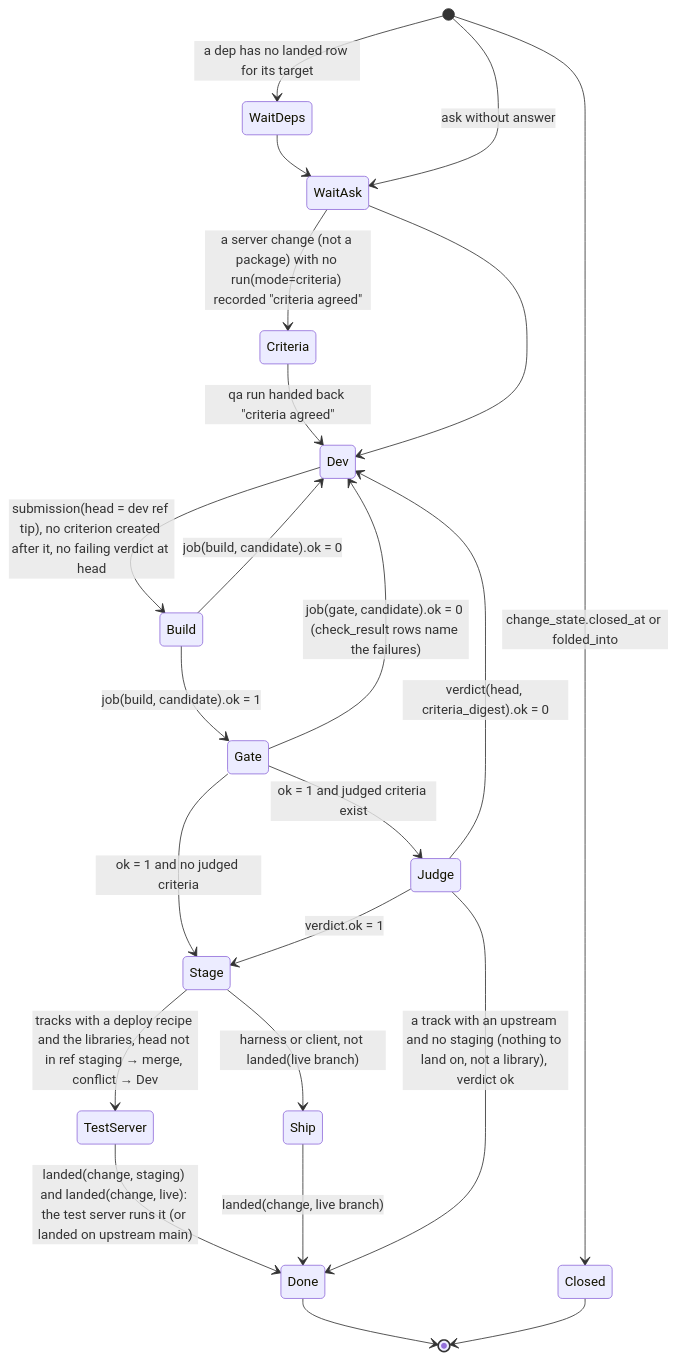
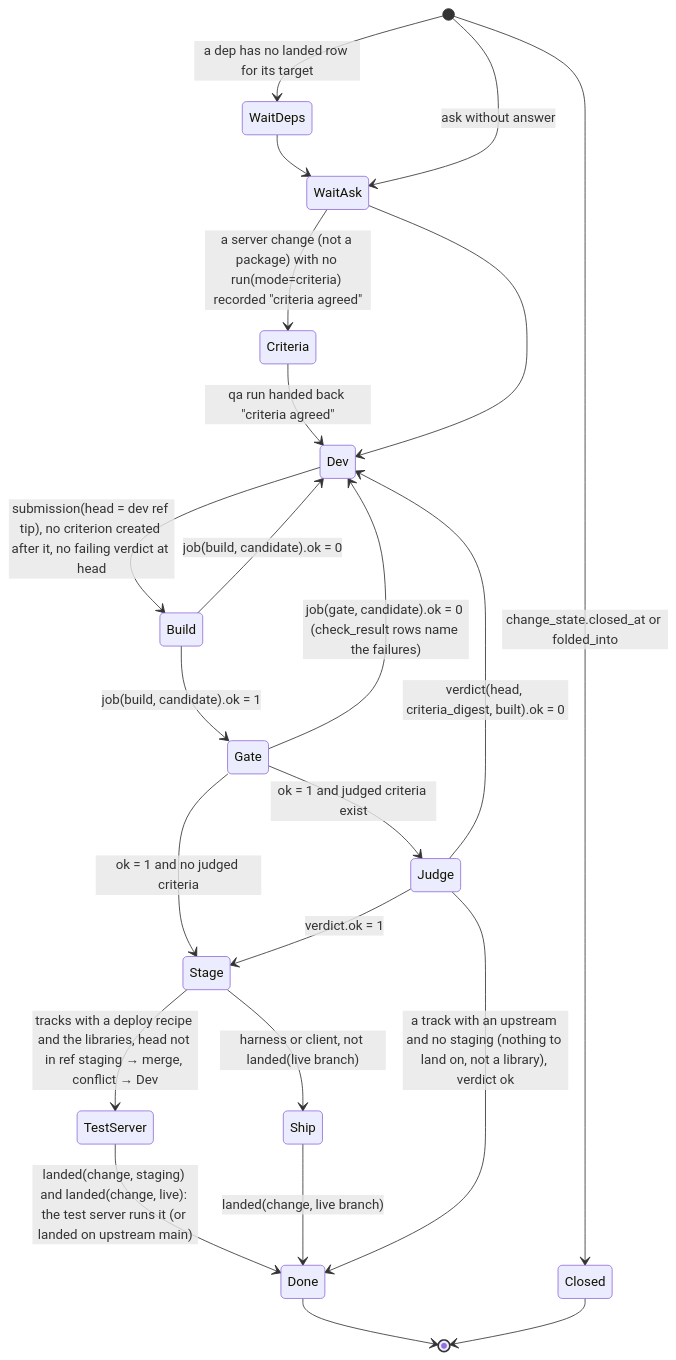
Before and after one commit to AlexPerrin/RuneHarness: the second of 8 diagrams in docs/ARCHITECTURE.md, drawn with Mermaid. The commit also changed other lines of this file and 6 other files, not shown here.

Commit message:
A verdict and check results are keyed by the built T (tree and library composite): verdict.built (migration fills it where no resubmission came after), decide.current makes a verdict judged at another composite not current, so a moved Central plans a judge; check_result at the key's built T; test

````diff
--- a/docs/ARCHITECTURE.md
+++ b/docs/ARCHITECTURE.md
@@ -227,26 +228,26 @@
 ```mermaid
 stateDiagram-v2
   [*] --> Closed : change_state.closed_at or folded_into
   [*] --> WaitDeps : a dep has no landed row for its target
   WaitDeps --> WaitAsk
   [*] --> WaitAsk : ask without answer
   WaitAsk --> Criteria : a server change (not a package) with no run(mode=criteria) recorded "criteria agreed"
   Criteria --> Dev : qa run handed back "criteria agreed"
   WaitAsk --> Dev
   Dev --> Build : submission(head = dev ref tip), no criterion created after it, no failing verdict at head
   Build --> Dev : job(build, candidate).ok = 0
   Build --> Gate : job(build, candidate).ok = 1
   Gate --> Dev : job(gate, candidate).ok = 0 (check_result rows name the failures)
   Gate --> Judge : ok = 1 and judged criteria exist
   Gate --> Stage : ok = 1 and no judged criteria
-  Judge --> Dev : verdict(head, criteria_digest).ok = 0
+  Judge --> Dev : verdict(head, criteria_digest, built).ok = 0
   Judge --> Stage : verdict.ok = 1
   state Stage <<fork>>
   Stage --> TestServer : tracks with a deploy recipe and the libraries, head not in ref staging → merge, conflict → Dev
   Stage --> Ship : harness or client, not landed(live branch)
   TestServer --> Done : landed(change, staging) and landed(change, live): the test server runs it (or landed on upstream main)
   Ship --> Done : landed(change, live branch)
   Judge --> Done : a track with an upstream and no staging (nothing to land on, not a library), verdict ok
   Done --> [*]
   Closed --> [*]
 ```
````
